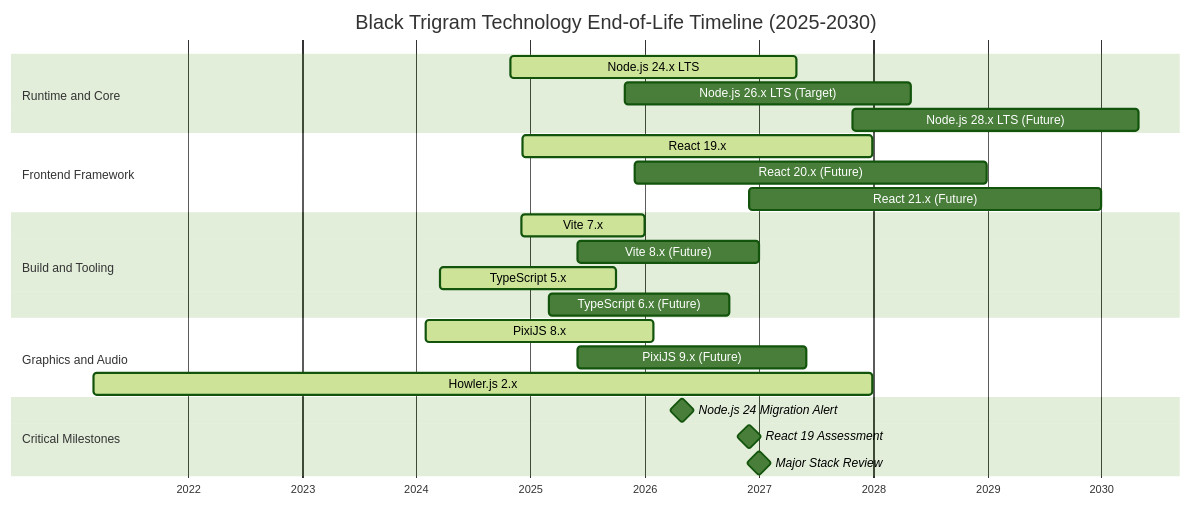
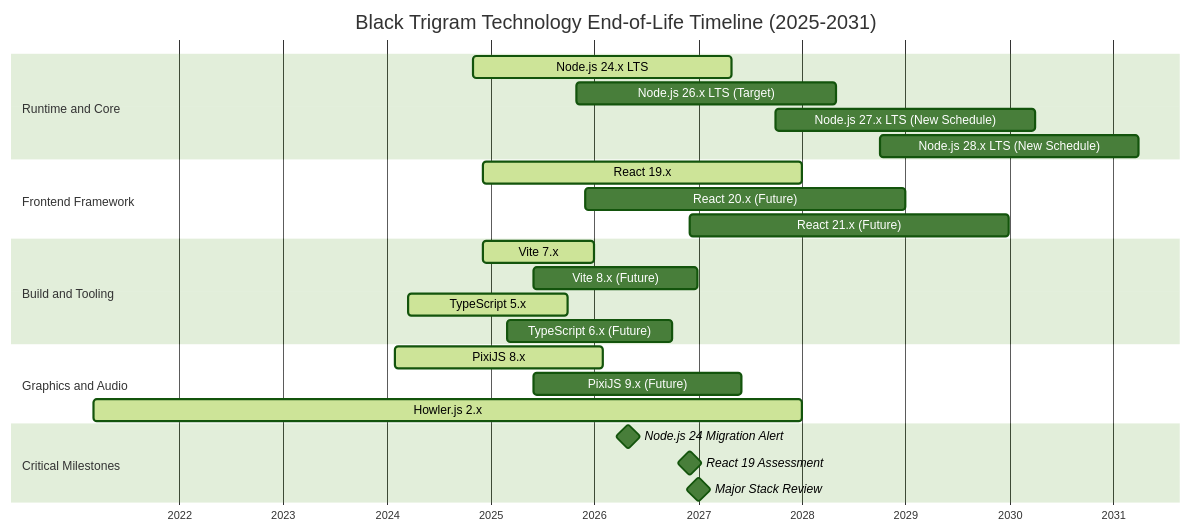
The fifth of 8 diagrams in End-of-Life-Strategy.md (Hack23/blacktrigram), drawn with Mermaid (forest theme) before and after one commit. The commit also changed other lines of this file and 2 other files, not shown here.

First line of the commit message:
Update End-of-Life-Strategy.md with new Node.js release schedule and create FinancialSecurityPlan.md

````diff
--- a/End-of-Life-Strategy.md
+++ b/End-of-Life-Strategy.md
@@ -325,32 +378,33 @@
 ```mermaid
 gantt
-    title Black Trigram Technology End-of-Life Timeline (2025-2030)
+    title Black Trigram Technology End-of-Life Timeline (2025-2031)
     dateFormat YYYY-MM-DD
     axisFormat %Y
 
     section Runtime and Core
     Node.js 24.x LTS          :active, node24, 2024-10-29, 2027-04-30
     Node.js 26.x LTS (Target) :node26, 2025-10-28, 2028-04-30
-    Node.js 28.x LTS (Future) :node28, 2027-10-28, 2030-04-30
+    Node.js 27.x LTS (New Schedule) :node27, 2027-10-01, 2030-04-01
+    Node.js 28.x LTS (New Schedule) :node28, 2028-10-01, 2031-04-01
 
     section Frontend Framework
     React 19.x                :active, react19, 2024-12-05, 2027-12-31
     React 20.x (Future)       :react20, 2025-12-01, 2028-12-31
     React 21.x (Future)       :react21, 2026-12-01, 2029-12-31
 
     section Build and Tooling
     Vite 7.x                  :active, vite7, 2024-12-03, 2025-12-31
     Vite 8.x (Future)         :vite8, 2025-06-01, 2026-12-31
     TypeScript 5.x            :active, ts5, 2024-03-16, 2025-09-30
     TypeScript 6.x (Future)   :ts6, 2025-03-01, 2026-09-30
 
     section Graphics and Audio
     PixiJS 8.x                :active, pixi8, 2024-01-30, 2026-01-30
     PixiJS 9.x (Future)       :pixi9, 2025-06-01, 2027-06-01
     Howler.js 2.x             :active, howler2, 2021-03-04, 2027-12-31
 
     section Critical Milestones
     Node.js 24 Migration Alert :milestone, node24alert, 2026-04-30, 0d
     React 19 Assessment       :milestone, react19assess, 2026-12-01, 0d
     Major Stack Review        :milestone, stackreview, 2027-01-01, 0d
 ```
````
